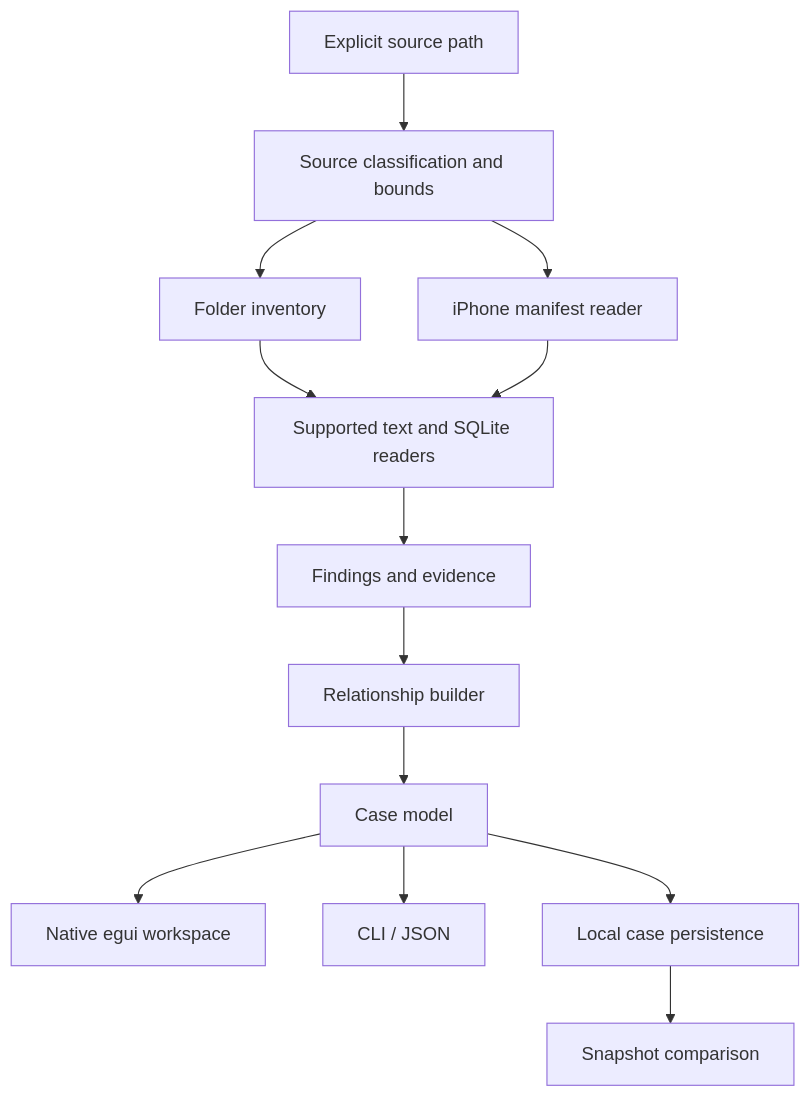
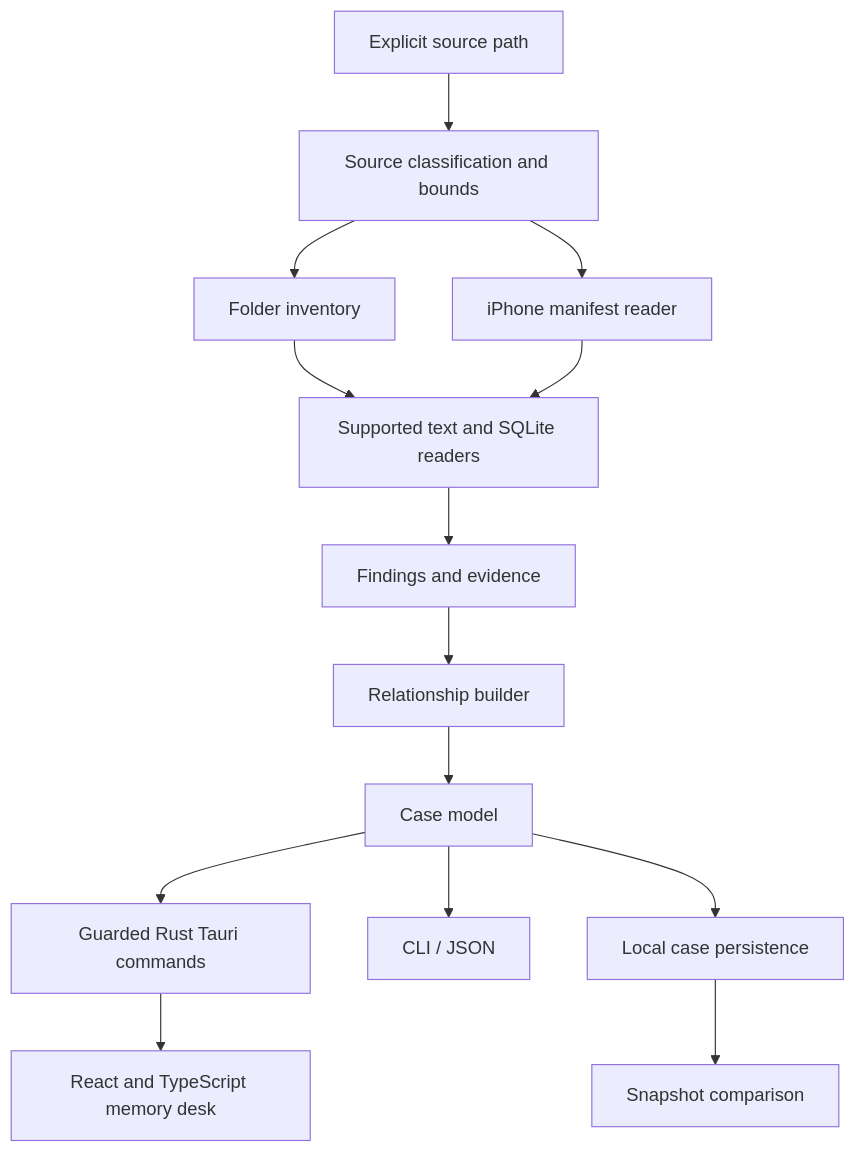
The diagram in docs/ARCHITECTURE.md (Forem0/ENGRAM), drawn with Mermaid before and after one commit. The commit also changed other lines of this file and 49 other files, not shown here.

First line of the commit message:
Migrate the desktop to Tauri 2 and React (#1)

````diff
--- a/docs/ARCHITECTURE.md
+++ b/docs/ARCHITECTURE.md
@@ -5,15 +5,16 @@
 ```mermaid
 flowchart TD
     F[Explicit source path] --> S[Source classification and bounds]
     S --> D[Folder inventory]
     S --> B[iPhone manifest reader]
     D --> R[Supported text and SQLite readers]
     B --> R
     R --> E[Findings and evidence]
     E --> L[Relationship builder]
     L --> C[Case model]
-    C --> G[Native egui workspace]
+    C --> N[Guarded Rust Tauri commands]
+    N --> G[React and TypeScript memory desk]
     C --> T[CLI / JSON]
     C --> P[Local case persistence]
     P --> V[Snapshot comparison]
 ```
````
